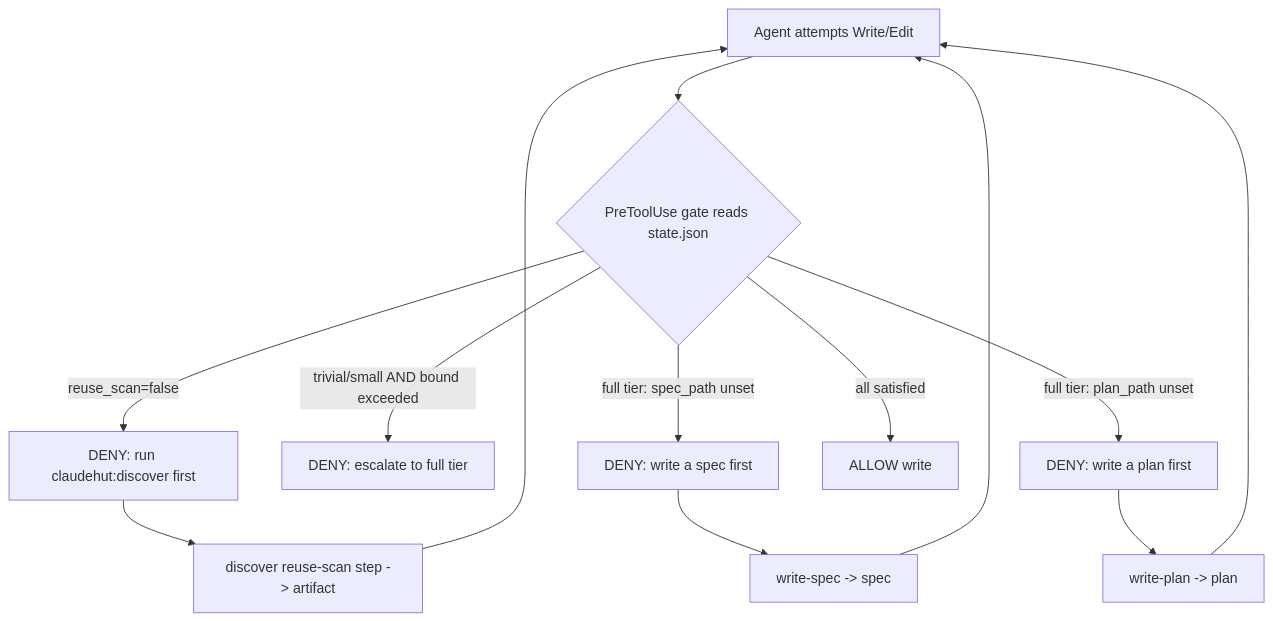
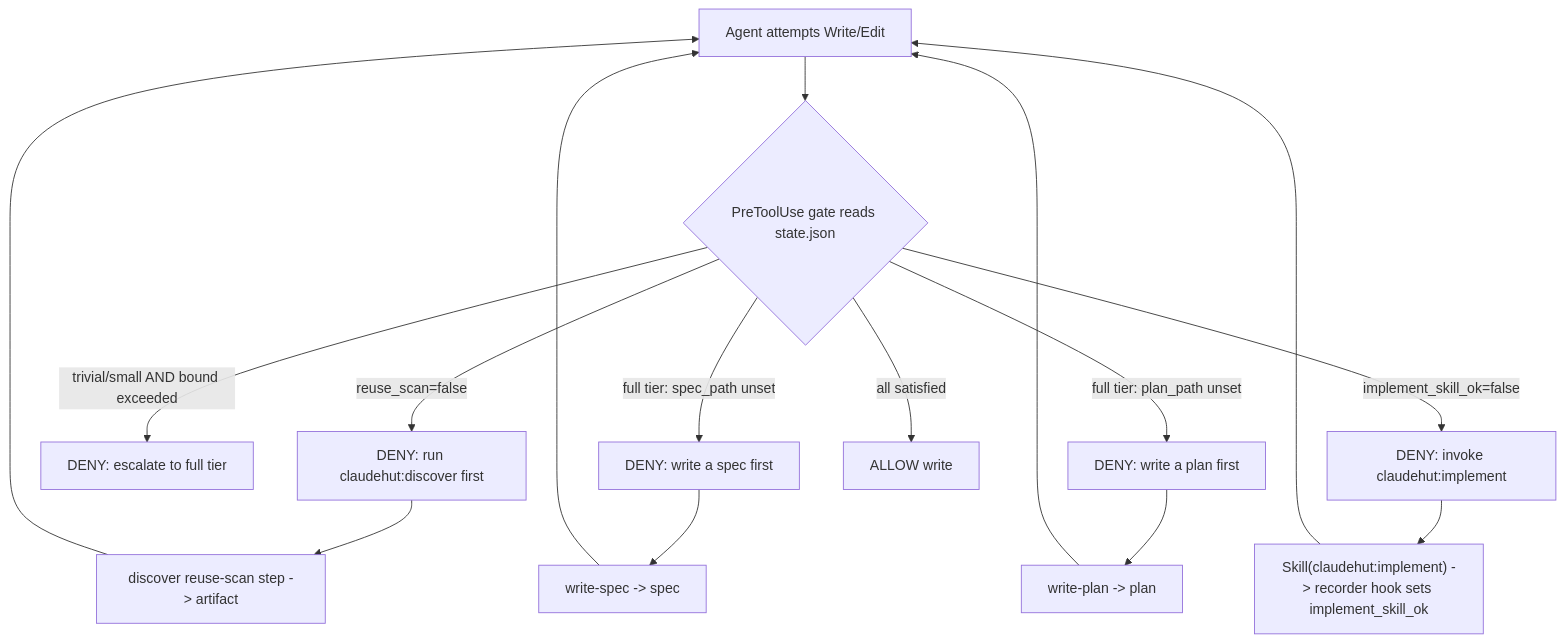
The sixth of 6 diagrams in .claude/docs/design/01-agentic-workflow.md (taipt1504/claudehut), drawn with Mermaid before and after one commit. The commit also changed other lines of this file and 48 other files, not shown here.

````diff
--- a/.claude/docs/design/01-agentic-workflow.md
+++ b/.claude/docs/design/01-agentic-workflow.md
@@ -407,12 +417,14 @@
 ```mermaid
 flowchart TD
     A[Agent attempts Write/Edit] --> G{PreToolUse gate reads state.json}
     G -->|reuse_scan=false| D1[DENY: run claudehut:discover first]
     G -->|trivial/small AND bound exceeded| D4[DENY: escalate to full tier]
     G -->|full tier: spec_path unset| D2[DENY: write a spec first]
     G -->|full tier: plan_path unset| D3[DENY: write a plan first]
+    G -->|implement_skill_ok=false| D5[DENY: invoke claudehut:implement]
     G -->|all satisfied| OK[ALLOW write]
     D1 --> RC[discover reuse-scan step -> artifact] --> A
     D2 --> WS[write-spec -> spec] --> A
     D3 --> WP[write-plan -> plan] --> A
+    D5 --> SI["Skill(claudehut:implement) -> recorder hook sets implement_skill_ok"] --> A
 ```
````
